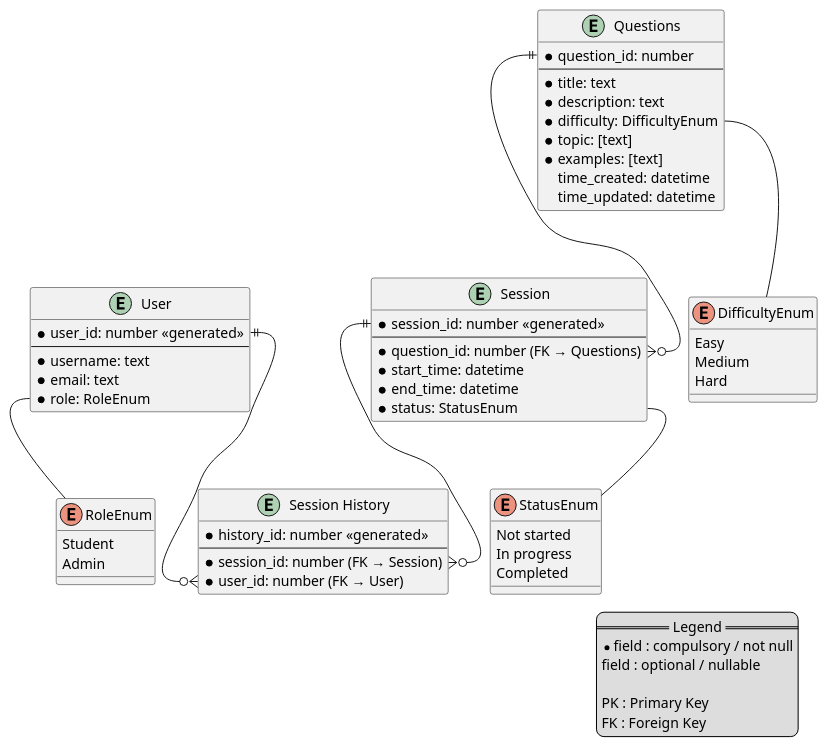
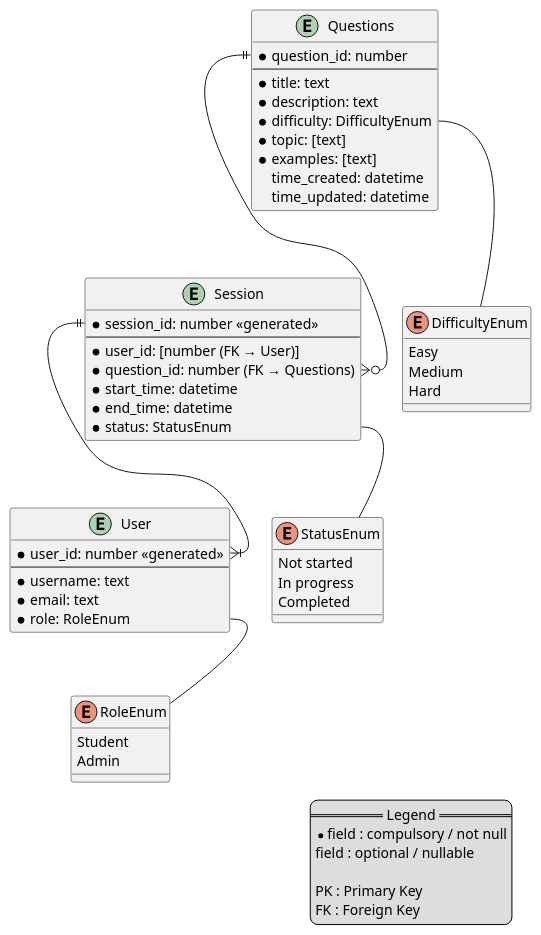
Before and after one commit to CS3219-AY2526Sem1/cs3219-ay2526s1-project-g14: the diagram in docs/entity-relationship-diagram.puml, drawn with PlantUML.

Commit message:
Modify ERD to have 1 Session entity

```diff
--- a/docs/entity-relationship-diagram.puml
+++ b/docs/entity-relationship-diagram.puml
@@ -1,77 +1,70 @@
 @startuml Database structure
 
 ' avoid problems with angled crows feet
 
 entity "User" as user {
     *user_id: number <<generated>>
     --
     *username: text
     *email: text
     *role: RoleEnum
 }
 
 entity "Questions" as questions {
     *question_id: number
     --
     *title: text
     *description: text
     *difficulty: DifficultyEnum
     *topic: [text]
     *examples: [text]
     time_created: datetime
     time_updated: datetime
 }
 
 entity "Session" as session {
     *session_id: number <<generated>>
     --
+    *user_id: [number (FK → User)]
     *question_id: number (FK → Questions)
     *start_time: datetime
     *end_time: datetime
     *status: StatusEnum
-}
-
-entity "Session History" as history {
-    *history_id: number <<generated>>
-    --
-    *session_id: number (FK → Session)
-    *user_id: number (FK → User)
 }
 
 ' Enums
 enum DifficultyEnum {
     Easy
     Medium
     Hard
 }
 
 enum StatusEnum {
     Not started
     In progress
     Completed
 }
 
 enum RoleEnum {
     Student
     Admin
 }
 
-user::_id ||--o{ history::user_id
-session::_id ||--o{ history::session_id
+session::_id ||--|{ user::user_id
 questions::_id ||--o{ session::question_id
 
 ' Link fields to enums
 user::role -- RoleEnum
 questions::difficulty -- DifficultyEnum
 session::status -- StatusEnum
 
 legend right
     == Legend ==
     *field : compulsory / not null
     field : optional / nullable
 
     PK : Primary Key
     FK : Foreign Key
 endlegend
 
 @enduml
```
